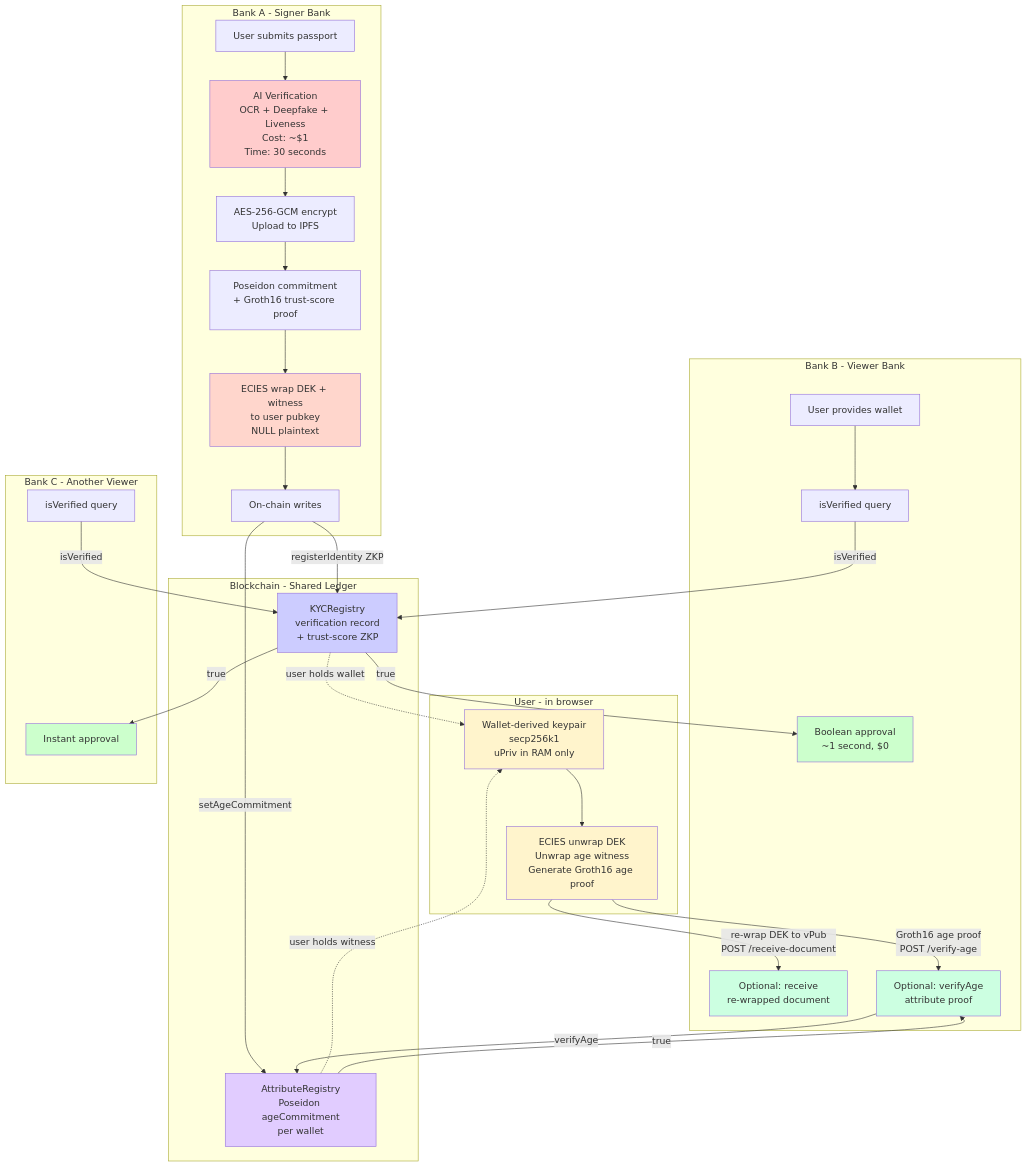
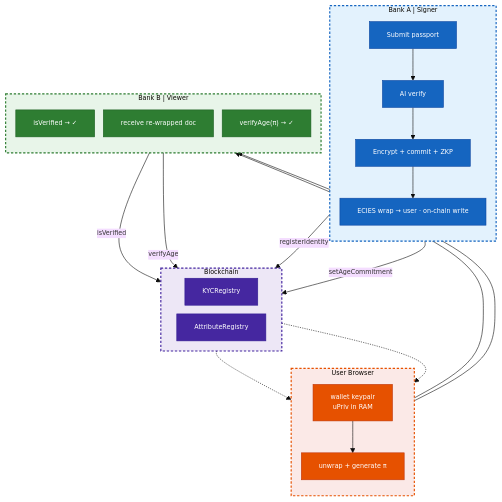
Before and after one commit to imanhmz/ekyc: the diagram in Thesis/Digrams/MultiBank.md, drawn with Mermaid.

Commit message:
Revise flowchart for bank-to-bank sharing process
Updated the flowchart to reflect changes in the user-mediated re-wrap process and added age-proof verification.

````diff
--- a/Thesis/Digrams/MultiBank.md
+++ b/Thesis/Digrams/MultiBank.md
@@ -1,70 +1,55 @@
 ```mermaid
-%% MODIFIED_CLAUDE: replaced bank-to-bank plaintext share with user-mediated re-wrap; added attribute-level age-proof flow; viewer banks call verifyAge in addition to isVerified.
+ %%{init: {'theme':'base', 'themeVariables': {'fontSize':'11px'}, 'flowchart': {'nodeSpacing':15, 'rankSpacing':30}}}%%
 graph TB
-      subgraph "Bank A - Signer Bank"
-          U1[User submits passport]
-          A1[AI Verification<br/>OCR + Deepfake + Liveness<br/>Cost: ~$1<br/>Time: 30 seconds]
-          A2[AES-256-GCM encrypt<br/>Upload to IPFS]
-          A3[Poseidon commitment<br/>+ Groth16 trust-score proof]
-          A4[ECIES wrap DEK + witness<br/>to user pubkey<br/>NULL plaintext]
-          A5[On-chain writes]
-      end
 
-      subgraph "Blockchain - Shared Ledger"
-          KR[KYCRegistry<br/>verification record<br/>+ trust-score ZKP]
-          AR[AttributeRegistry<br/>Poseidon ageCommitment<br/>per wallet]
-      end
+    subgraph BANKA["Bank A  |  Signer"]
+        direction TB
+        A1["Submit passport"] --> A2["AI verify"]
+        A2 --> A3["Encrypt + commit + ZKP"]
+        A3 --> A4["ECIES wrap → user · on-chain write"]
+    end
 
-      subgraph "User - in browser"
-          UB[Wallet-derived keypair<br/>secp256k1<br/>uPriv in RAM only]
-          UNW[ECIES unwrap DEK<br/>Unwrap age witness<br/>Generate Groth16 age proof]
-      end
+    subgraph CHAIN["Blockchain"]
+        direction LR
+        KR["KYCRegistry"]
+        AR["AttributeRegistry"]
+    end
 
-      subgraph "Bank B - Viewer Bank"
-          B1[User provides wallet]
-          B2[isVerified query]
-          B3[Boolean approval<br/>~1 second, $0]
-          B4[Optional: receive<br/>re-wrapped document]
-          B5[Optional: verifyAge<br/>attribute proof]
-      end
+    subgraph USER["User Browser"]
+        direction TB
+        UB["wallet keypair\nuPriv in RAM"]
+        UNW["unwrap + generate π"]
+        UB --> UNW
+    end
 
-      subgraph "Bank C - Another Viewer"
-          C1[isVerified query]
-          C2[Instant approval]
-      end
+    subgraph BANKB["Bank B  |  Viewer"]
+        direction TB
+        B2["isVerified → ✓"]
+        B4["receive re-wrapped doc"]
+        B5["verifyAge(π) → ✓"]
+    end
 
-      U1 --> A1
-      A1 --> A2
-      A2 --> A3
-      A3 --> A4
-      A4 --> A5
-      A5 -->|registerIdentity ZKP| KR
-      A5 -->|setAgeCommitment| AR
+    A4 -->|registerIdentity| KR
+    A4 -->|setAgeCommitment| AR
+    KR -.-> UB
+    AR -.-> UB
+    B2 -->|isVerified| KR
+    UNW --> B4 & B5
+    B5 -->|verifyAge| AR
 
-      KR -.->|user holds wallet| UB
-      AR -.->|user holds witness| UB
-      UB --> UNW
+    classDef signer fill:#1565C0,stroke:#0D47A1,color:#fff,stroke-width:1px
+    classDef chain  fill:#4527A0,stroke:#311B92,color:#fff,stroke-width:1px
+    classDef user   fill:#E65100,stroke:#BF360C,color:#fff,stroke-width:1px
+    classDef viewer fill:#2E7D32,stroke:#1B5E20,color:#fff,stroke-width:1px
 
-      B1 --> B2
-      B2 -->|isVerified| KR
-      KR -->|true| B3
+    class A1,A2,A3,A4 signer
+    class KR,AR chain
+    class UB,UNW user
+    class B2,B4,B5 viewer
 
-      UNW -->|re-wrap DEK to vPub<br/>POST /receive-document| B4
-      UNW -->|Groth16 age proof<br/>POST /verify-age| B5
-      B5 -->|verifyAge| AR
-      AR -->|true| B5
-
-      C1 -->|isVerified| KR
-      KR -->|true| C2
-
-      style A1 fill:#ffcccc
-      style A4 fill:#ffd6cc
-      style B3 fill:#ccffcc
-      style B4 fill:#ccffe1
-      style B5 fill:#ccffe1
-      style C2 fill:#ccffcc
-      style KR fill:#ccccff
-      style AR fill:#e1ccff
-      style UB fill:#fff4cc
-      style UNW fill:#fff4cc
+    style BANKA fill:#E3F2FD,stroke:#1565C0,stroke-width:2px,stroke-dasharray:4 3
+    style CHAIN fill:#EDE7F6,stroke:#4527A0,stroke-width:2px,stroke-dasharray:4 3
+    style USER  fill:#FBE9E7,stroke:#E65100,stroke-width:2px,stroke-dasharray:4 3
+    style BANKB fill:#E8F5E9,stroke:#2E7D32,stroke-width:2px,stroke-dasharray:4 3
+ 
 ```
````
